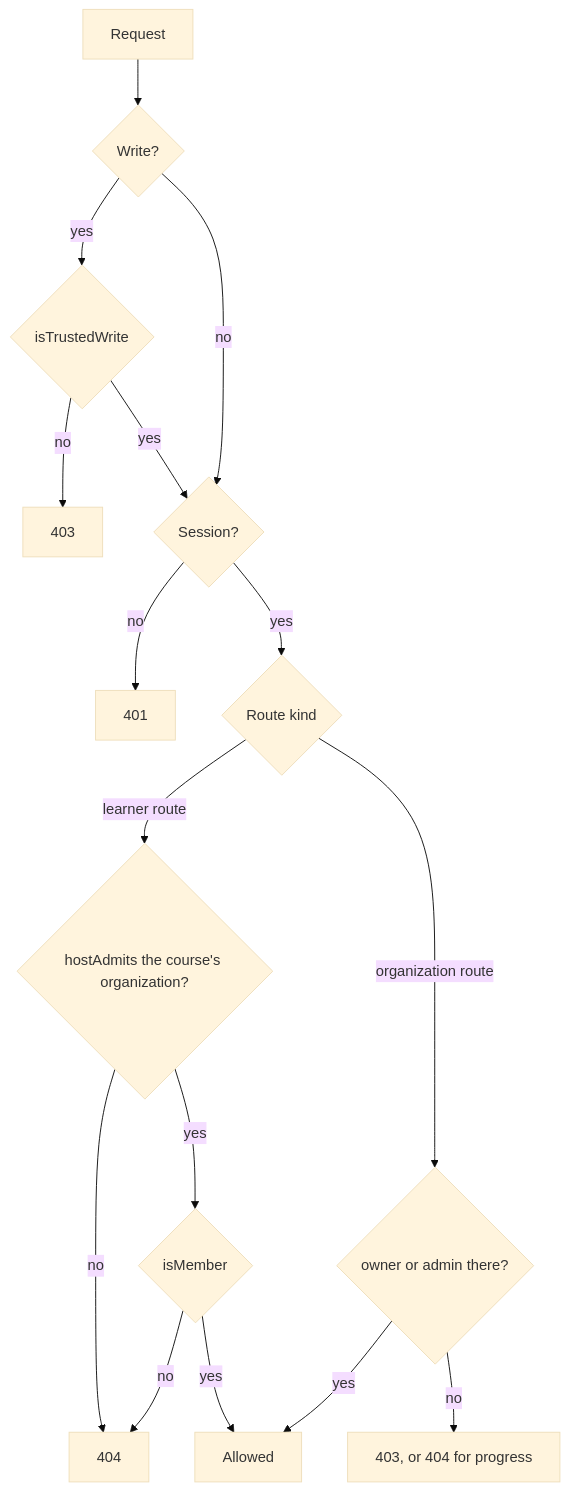
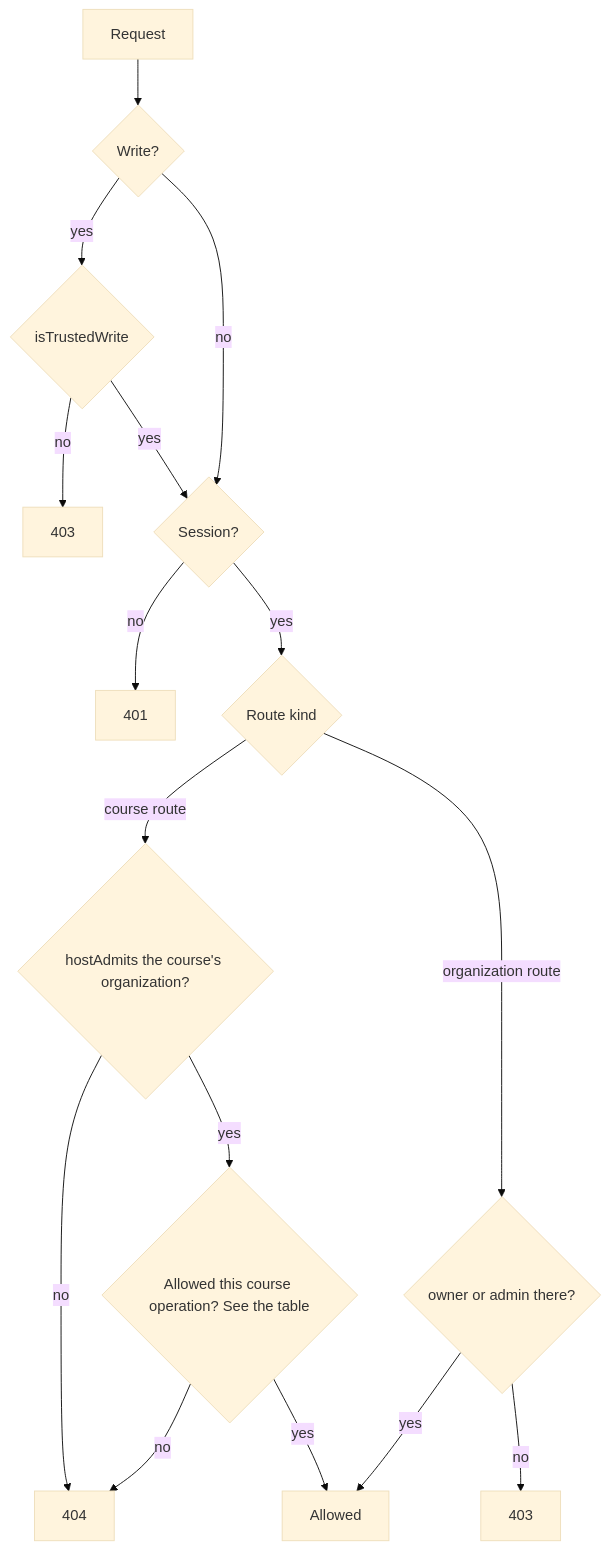
One commit to braivo/braivo changed the diagram in docs/specs/access.md. Above: the diagram before and after it, drawn with Mermaid (base theme). The commit also changed other lines of this file and 21 other files, not shown here.

First line of the commit message:
feat(progress): show content owners a course overview (#23)

````diff
--- a/docs/specs/access.md
+++ b/docs/specs/access.md
@@ -28,18 +28,18 @@
 ```mermaid
 flowchart TD
   R[Request] --> W{Write?}
   W -- yes --> T{isTrustedWrite}
   T -- no --> F403[403]
   T -- yes --> S
   W -- no --> S{Session?}
   S -- no --> F401[401]
   S -- yes --> K{Route kind}
-  K -- learner route --> H{hostAdmits the course's organization?}
+  K -- course route --> H{hostAdmits the course's organization?}
   H -- no --> N404[404]
-  H -- yes --> M{isMember}
+  H -- yes --> M{Allowed this course operation? See the table}
   M -- no --> N404
   M -- yes --> OK[Allowed]
   K -- organization route --> A{owner or admin there?}
-  A -- no --> D[403, or 404 for progress]
+  A -- no --> D[403]
   A -- yes --> OK
 ```
````
